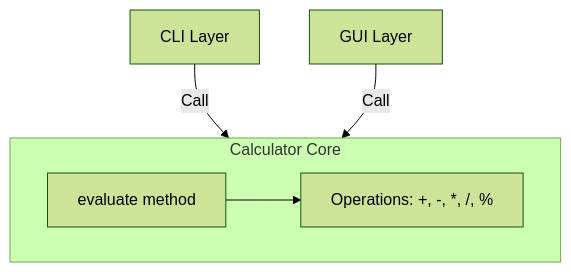
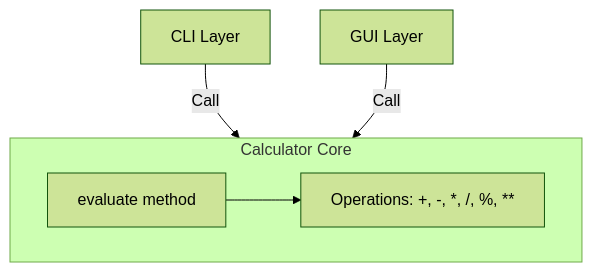
Before and after one commit to AnjaliLongre9625/openwiki-demo: the diagram in openwiki/architecture/overview.md, drawn with Mermaid (forest theme). The commit also changed other lines of this file and 12 other files, not shown here.

````diff
--- a/openwiki/architecture/overview.md
+++ b/openwiki/architecture/overview.md
@@ -38,11 +38,11 @@
 ```mermaid
 graph TD
     CLI[CLI Layer] -->|Call| Core
     UI[GUI Layer] -->|Call| Core
     
     subgraph Core[Calculator Core]
         Eval[evaluate method]
-        Logic[Operations: +, -, *, /, %]
+        Logic[Operations: +, -, *, /, %, **]
         Eval --> Logic
     end
 ```
````
